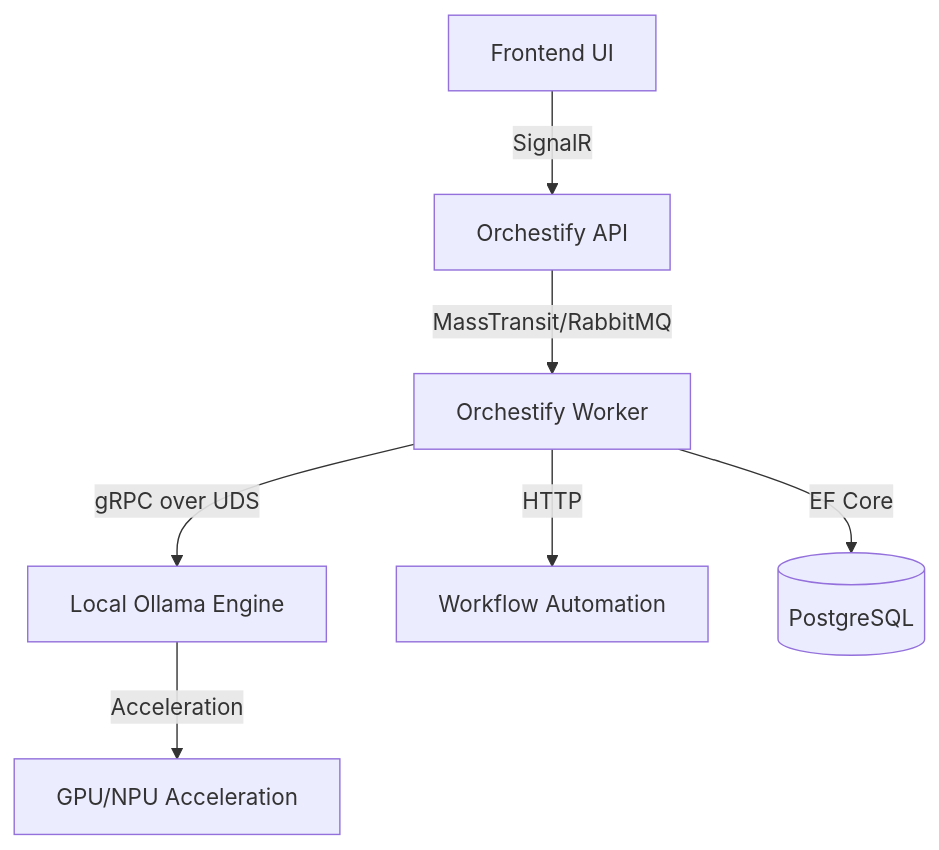
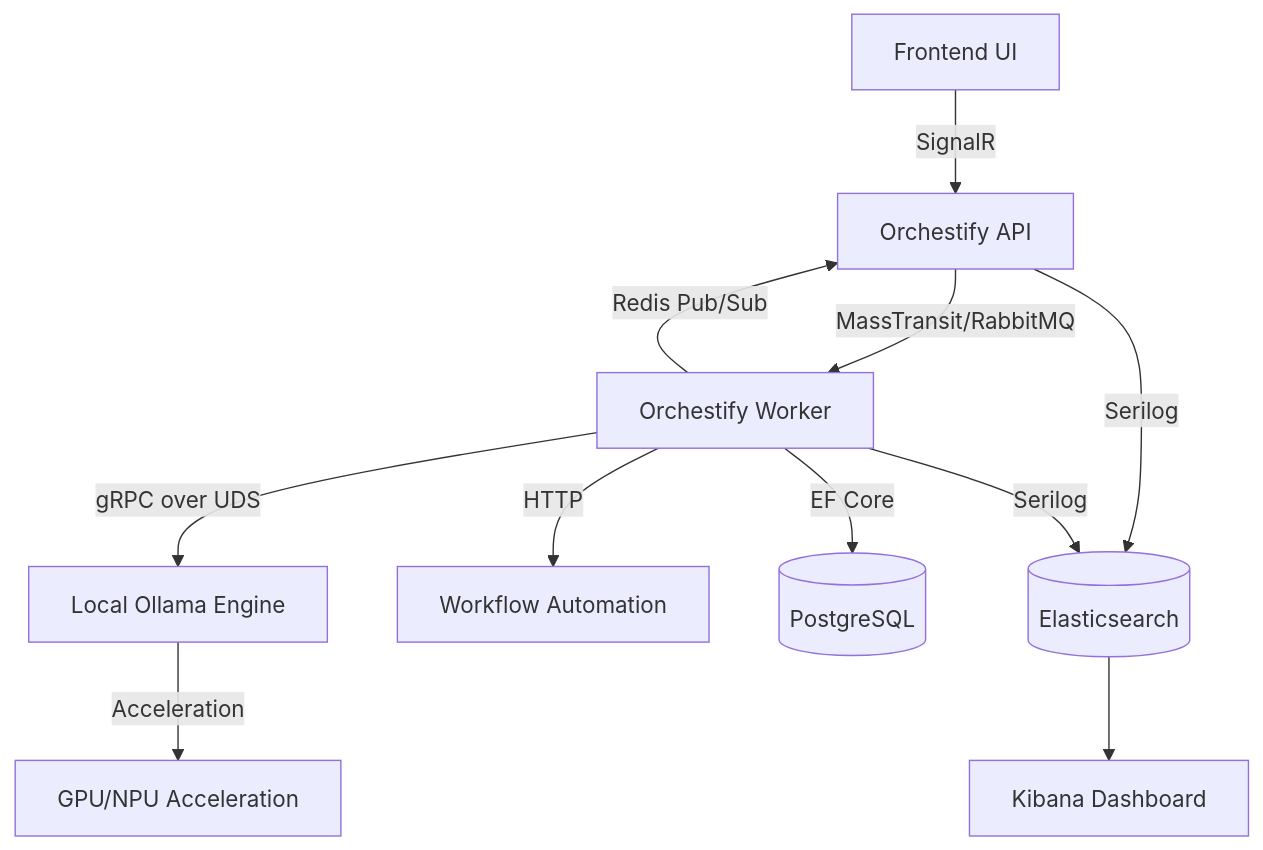
One commit to atakanatali/orchestify changed the diagram in README.md. Above: the diagram before and after it, drawn with Mermaid. The commit also changed other lines of this file and 8 other files, not shown here.

First line of the commit message:
feat(phase-11): add scalable architecture with Elasticsearch, MassTransit, and Redis bridge

````diff
--- a/README.md
+++ b/README.md
@@ -33,9 +33,13 @@
 ```mermaid
 graph TD
     Client[Frontend UI] -- SignalR --> API[Orchestify API]
     API -- MassTransit/RabbitMQ --> Worker[Orchestify Worker]
     Worker -- gRPC over UDS --> AI[Local Ollama Engine]
+    Worker -- Redis Pub/Sub --> API
     Worker -- HTTP --> n8n[Workflow Automation]
     Worker -- EF Core --> DB[(PostgreSQL)]
     AI -- Acceleration --> HW[GPU/NPU Acceleration]
+    API -- Serilog --> ES[(Elasticsearch)]
+    Worker -- Serilog --> ES
+    ES --> Kibana[Kibana Dashboard]
 ```
````
